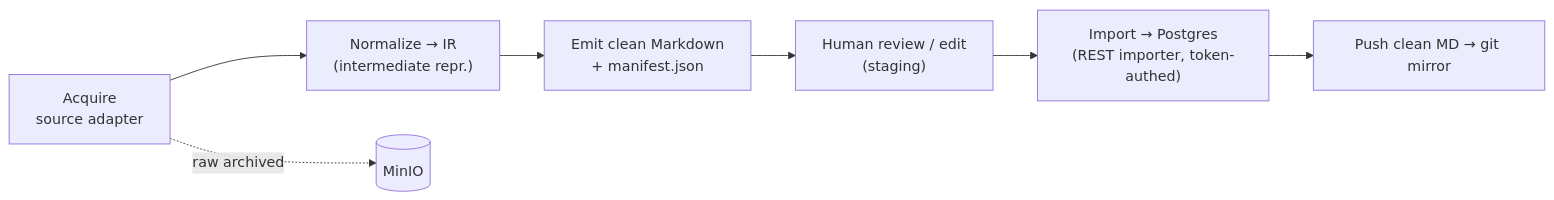
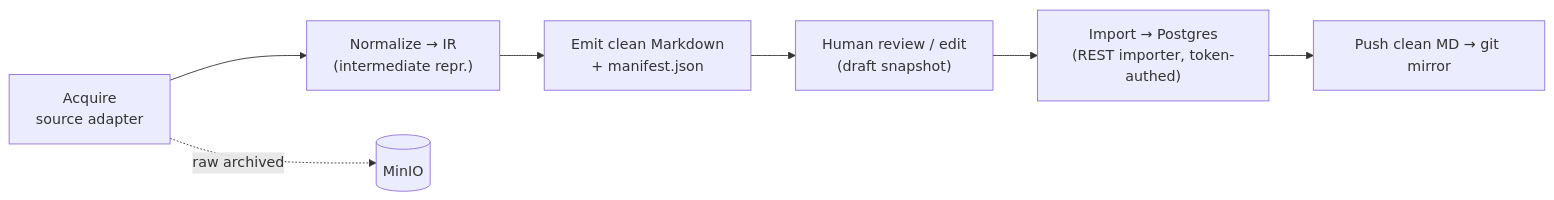
The second of 3 diagrams in docs/architecture.md (PiechZ/LegisNote), drawn with Mermaid before and after one commit. The commit also changed other lines of this file and 2 other files, not shown here.

````diff
--- a/docs/architecture.md
+++ b/docs/architecture.md
@@ -160,9 +188,9 @@
 ```mermaid
 flowchart LR
     A["Acquire<br/>source adapter"] --> B["Normalize → IR<br/>(intermediate repr.)"]
     B --> C["Emit clean Markdown<br/>+ manifest.json"]
-    C --> D["Human review / edit<br/>(staging)"]
+    C --> D["Human review / edit<br/>(draft snapshot)"]
     D --> E["Import → Postgres<br/>(REST importer, token-authed)"]
     E --> F["Push clean MD → git mirror"]
     A -. raw archived .-> OBJ[("MinIO")]
 ```
````
